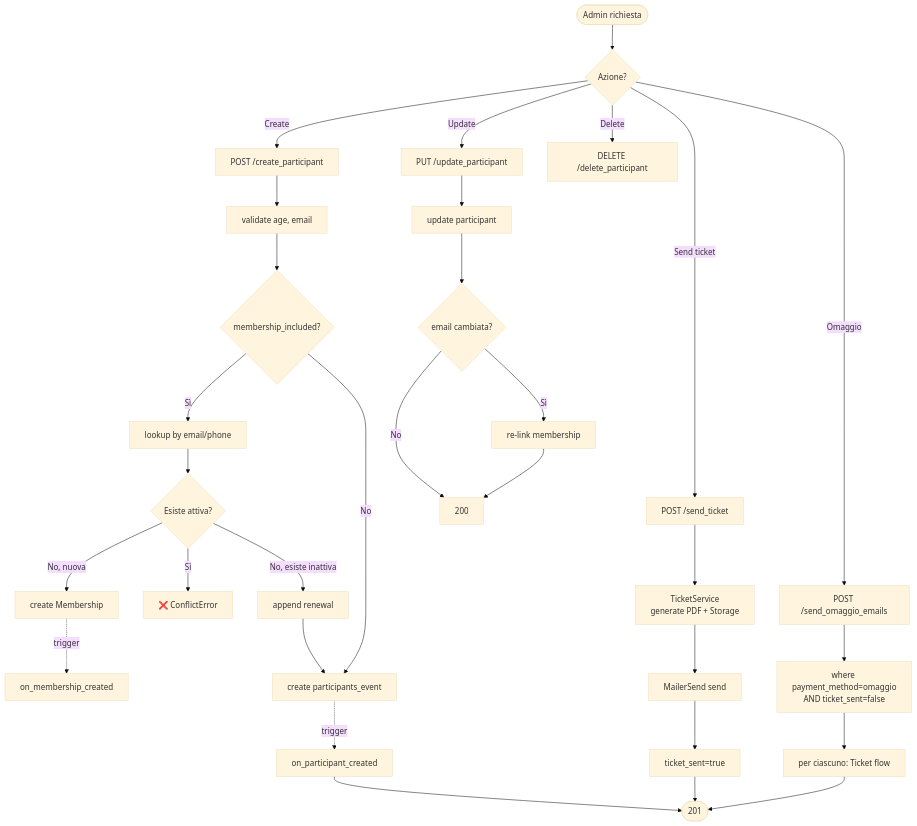
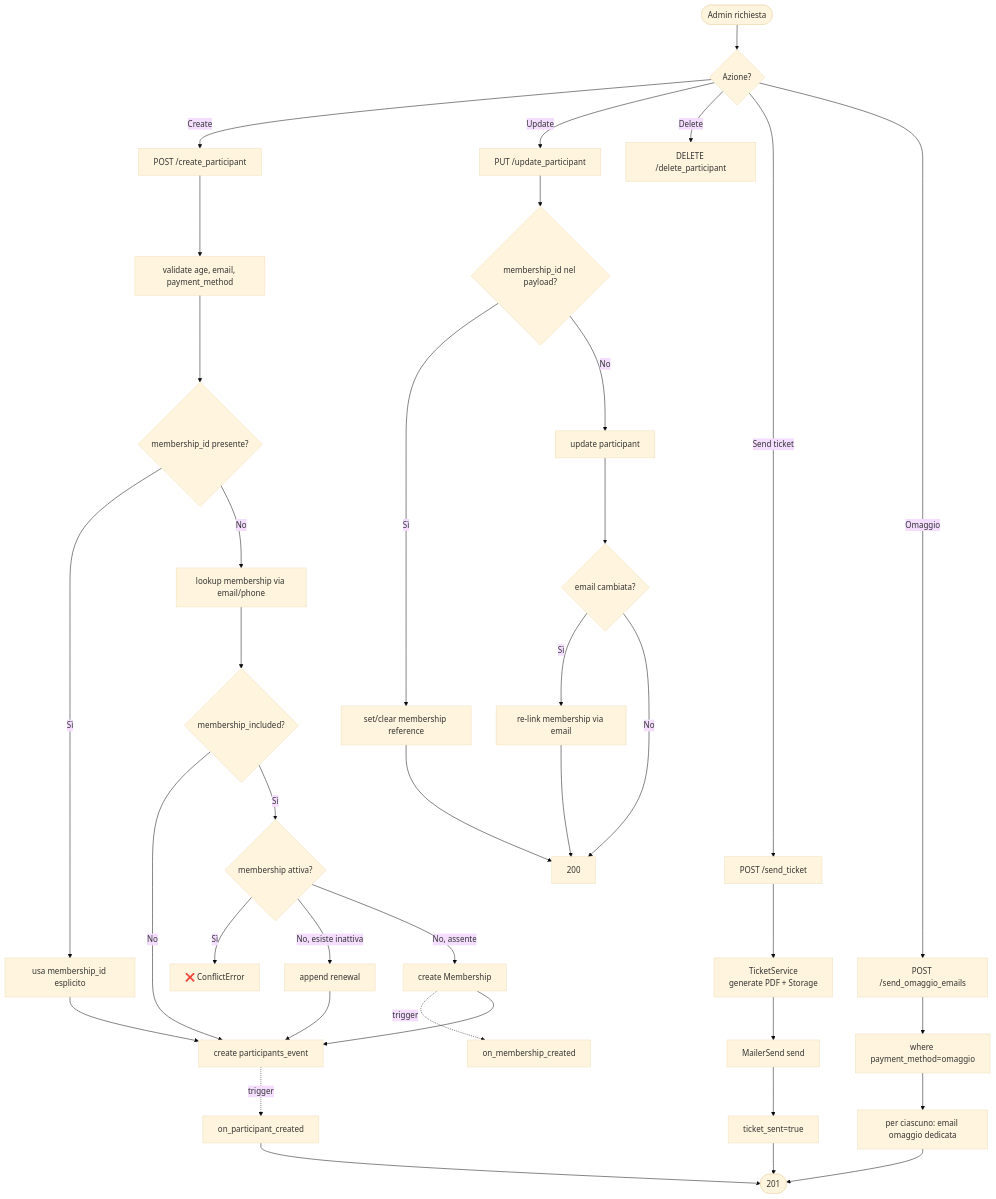
One commit to Vittorix99/mcp-website changed diagram 14 of 35 in mcp-backend/BACKEND_USE_CASES.md. Above: the diagram before and after it, drawn with Mermaid (base theme). The commit also changed other lines of this file and 180 other files, not shown here.

````diff
--- a/mcp-backend/BACKEND_USE_CASES.md
+++ b/mcp-backend/BACKEND_USE_CASES.md
@@ -653,37 +651,44 @@
 ```mermaid
 flowchart TD
     Start([Admin richiesta]) --> Action{Azione?}
     Action -->|Create| Create[POST /create_participant]
     Action -->|Update| Update[PUT /update_participant]
     Action -->|Delete| Delete[DELETE /delete_participant]
     Action -->|Send ticket| Ticket[POST /send_ticket]
     Action -->|Omaggio| Omaggio[POST /send_omaggio_emails]
 
-    Create --> Validate[validate age, email]
-    Validate --> HasMembership{membership_included?}
-    HasMembership -->|Sì| LookupMembership[lookup by email/phone]
-    LookupMembership --> ExistsActive{Esiste attiva?}
+    Create --> Validate[validate age, email, payment_method]
+    Validate --> ExplicitMembership{membership_id presente?}
+    ExplicitMembership -->|Sì| LinkExplicit[usa membership_id esplicito]
+    ExplicitMembership -->|No| AutoLookup[lookup membership via email/phone]
+    AutoLookup --> IncludeMembership{membership_included?}
+    IncludeMembership -->|No| CreateParticipant[create participants_event]
+    IncludeMembership -->|Sì| ExistsActive{membership attiva?}
     ExistsActive -->|Sì| Conflict[❌ ConflictError]
     ExistsActive -->|No, esiste inattiva| Renew[append renewal]
-    ExistsActive -->|No, nuova| NewMemb[create Membership]
+    ExistsActive -->|No, assente| NewMemb[create Membership]
+    LinkExplicit --> CreateParticipant
+    Renew --> CreateParticipant
     NewMemb -.trigger.-> OnMembCreated[on_membership_created]
-    Renew --> CreateParticipant
-    HasMembership -->|No| CreateParticipant[create participants_event]
+    NewMemb --> CreateParticipant
     CreateParticipant -.trigger.-> OnPartCreated[on_participant_created]
     OnPartCreated --> End([201])
 
-    Update --> UpdateDoc[update participant]
+    Update --> OverrideCheck{membership_id nel payload?}
+    OverrideCheck -->|Sì| ManualOverride[set/clear membership reference]
+    OverrideCheck -->|No| UpdateDoc[update participant]
+    ManualOverride --> DoneUpdate[200]
     UpdateDoc --> EmailChanged{email cambiata?}
-    EmailChanged -->|Sì| Relink[re-link membership]
-    EmailChanged -->|No| DoneUpdate[200]
+    EmailChanged -->|Sì| Relink[re-link membership via email]
+    EmailChanged -->|No| DoneUpdate
     Relink --> DoneUpdate
 
     Ticket --> GenPDF[TicketService<br/>generate PDF + Storage]
     GenPDF --> SendMail[MailerSend send]
     SendMail --> MarkSent[ticket_sent=true]
     MarkSent --> End
 
-    Omaggio --> FilterOmaggio[where payment_method=omaggio<br/>AND ticket_sent=false]
-    FilterOmaggio --> LoopOmaggio[per ciascuno: Ticket flow]
+    Omaggio --> FilterOmaggio[where payment_method=omaggio]
+    FilterOmaggio --> LoopOmaggio[per ciascuno: email omaggio dedicata]
     LoopOmaggio --> End
 ```
````
